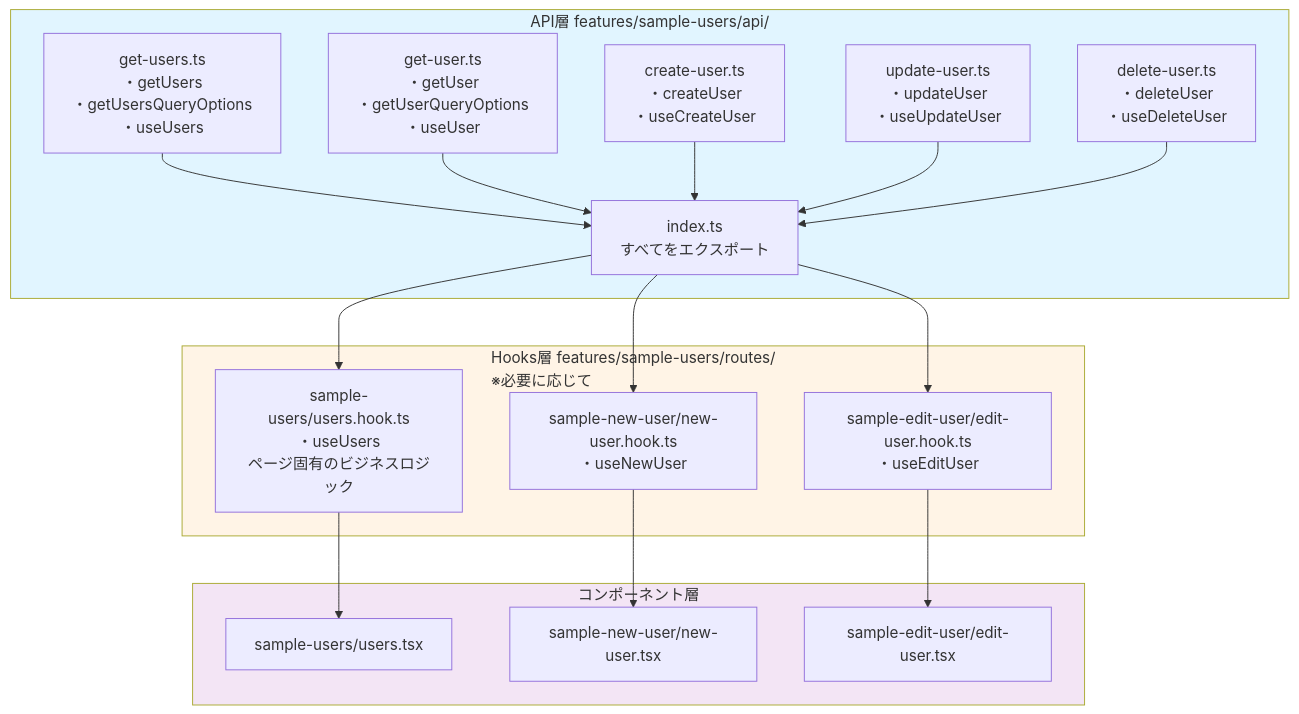
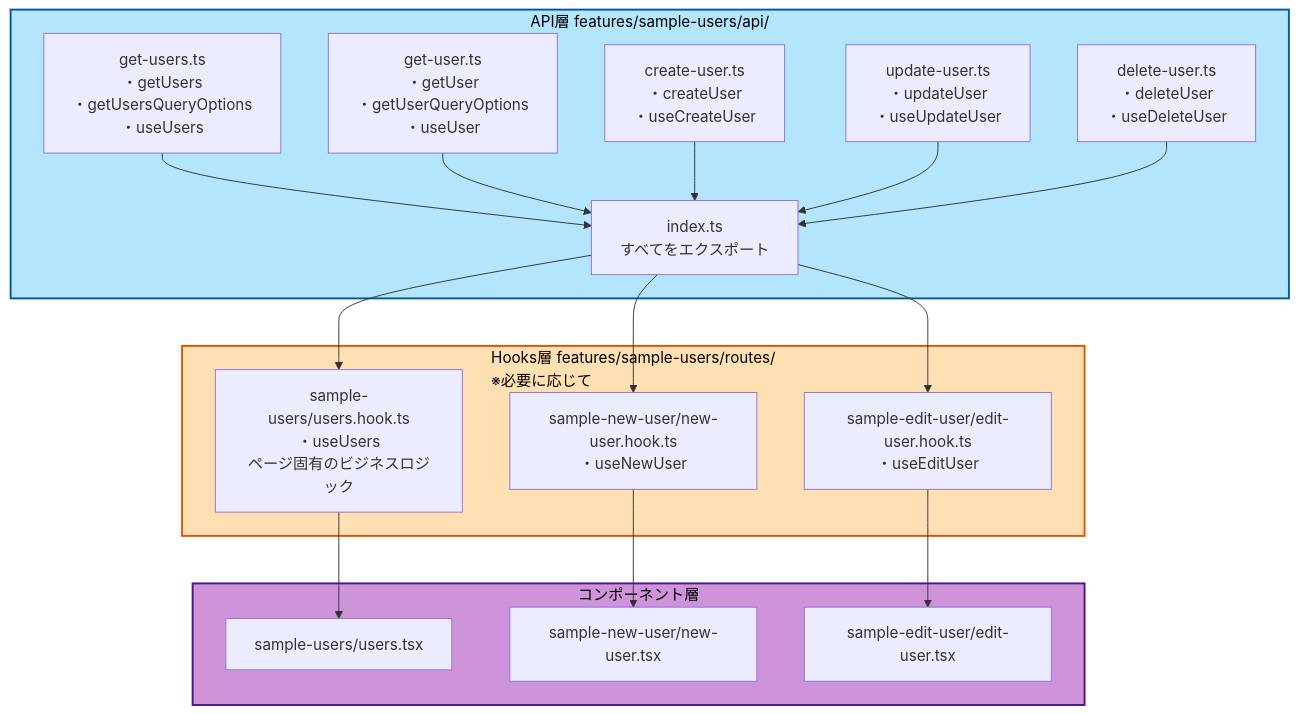
Before and after one commit to nomura-koshiro/next-app-docs: the first of 5 diagrams in docs/06-guides/03-create-api.md, drawn with Mermaid. The commit also changed other lines of this file and 190 other files, not shown here.

````diff
--- a/docs/06-guides/03-create-api.md
+++ b/docs/06-guides/03-create-api.md
@@ -24,41 +24,41 @@
 ```mermaid
 graph TB
     subgraph API["API層 features/sample-users/api/"]
         GetUsers["get-users.ts<br/>・getUsers<br/>・getUsersQueryOptions<br/>・useUsers"]
         GetUser["get-user.ts<br/>・getUser<br/>・getUserQueryOptions<br/>・useUser"]
         CreateUser["create-user.ts<br/>・createUser<br/>・useCreateUser"]
         UpdateUser["update-user.ts<br/>・updateUser<br/>・useUpdateUser"]
         DeleteUser["delete-user.ts<br/>・deleteUser<br/>・useDeleteUser"]
         Index["index.ts<br/>すべてをエクスポート"]
     end
 
     subgraph Routes["Hooks層 features/sample-users/routes/<br/>※必要に応じて"]
         UsersHook["sample-users/users.hook.ts<br/>・useUsers<br/>ページ固有のビジネスロジック"]
         NewUserHook["sample-new-user/new-user.hook.ts<br/>・useNewUser"]
         EditUserHook["sample-edit-user/edit-user.hook.ts<br/>・useEditUser"]
     end
 
     subgraph Component["コンポーネント層"]
         UsersPage["sample-users/users.tsx"]
         NewUserPage["sample-new-user/new-user.tsx"]
         EditUserPage["sample-edit-user/edit-user.tsx"]
     end
 
     GetUsers --> Index
     GetUser --> Index
     CreateUser --> Index
     UpdateUser --> Index
     DeleteUser --> Index
 
     Index --> UsersHook
     Index --> NewUserHook
     Index --> EditUserHook
 
     UsersHook --> UsersPage
     NewUserHook --> NewUserPage
     EditUserHook --> EditUserPage
 
-    style API fill:#e1f5ff
-    style Routes fill:#fff4e6
-    style Component fill:#f3e5f5
+    style API fill:#b3e5fc,stroke:#01579b,stroke-width:2px,color:#000
+    style Routes fill:#ffe0b2,stroke:#e65100,stroke-width:2px,color:#000
+    style Component fill:#ce93d8,stroke:#4a148c,stroke-width:2px,color:#000
 ```
````
